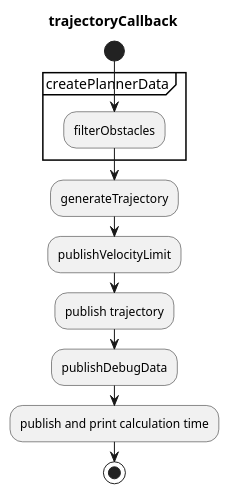
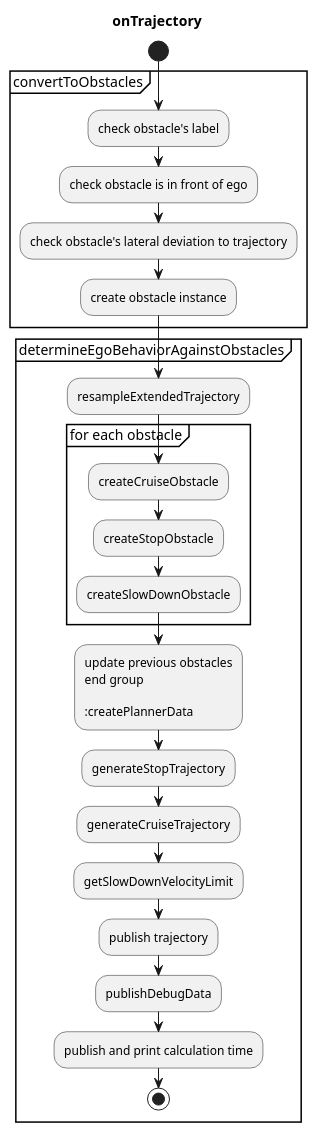
One commit to autowarefoundation/autoware.universe changed the diagram in planning/obstacle_cruise_planner/README.md. Above: the diagram before and after it, drawn with PlantUML. The commit also changed other lines of this file and 14 other files, not shown here.

````diff
--- a/planning/obstacle_cruise_planner/README.md
+++ b/planning/obstacle_cruise_planner/README.md
@@ -219,22 +219,39 @@
 ```plantuml
 @startuml
-title trajectoryCallback
+title onTrajectory
 start
 
-group createPlannerData
-  :filterObstacles;
+group convertToObstacles
+  :check obstacle's label;
+  :check obstacle is in front of ego;
+  :check obstacle's lateral deviation to trajectory;
+  :create obstacle instance;
 end group
 
-:generateTrajectory;
+group determineEgoBehaviorAgainstObstacles
+  :resampleExtendedTrajectory;
+  group for each obstacle
+    :createCruiseObstacle;
+    :createStopObstacle;
+    :createSlowDownObstacle;
+  end group
+  :update previous obstacles
+end group
 
-:publishVelocityLimit;
+:createPlannerData;
+
+:generateStopTrajectory;
+
+:generateCruiseTrajectory;
+
+:getSlowDownVelocityLimit;
 
 :publish trajectory;
 
 :publishDebugData;
 
 :publish and print calculation time;
 
 stop
 @enduml
 ```
````
